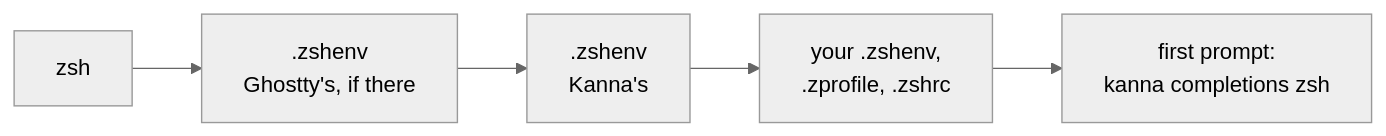
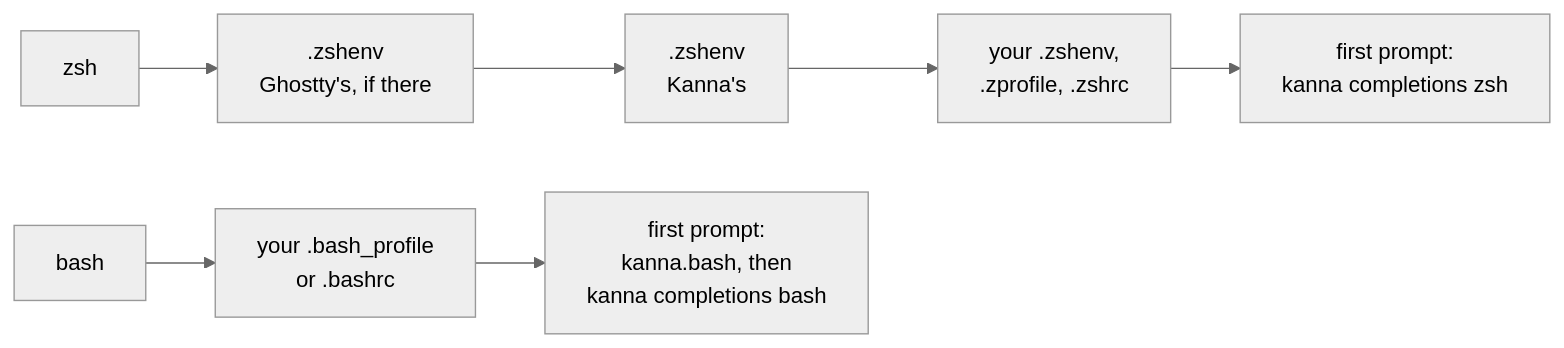
Before and after one commit to jemdiggity/kanna-v4: the second of 2 diagrams in docs/specs/tab-completion.md, drawn with Mermaid (neutral theme). The commit also changed other lines of this file and 4 other files, not shown here.

Commit message:
Kanna's bash terminals load kanna's tab completion too, chosen by the login shell

````diff
--- a/docs/specs/tab-completion.md
+++ b/docs/specs/tab-completion.md
@@ -65,4 +69,5 @@
 ```mermaid
 flowchart LR
   zsh --> ghostty[".zshenv<br/>Ghostty's, if there"] --> k[".zshenv<br/>Kanna's"] --> user["your .zshenv,<br/>.zprofile, .zshrc"] --> prompt["first prompt:<br/>kanna completions zsh"]
+  bash --> buser["your .bash_profile<br/>or .bashrc"] --> bprompt["first prompt:<br/>kanna.bash, then<br/>kanna completions bash"]
 ```
````
